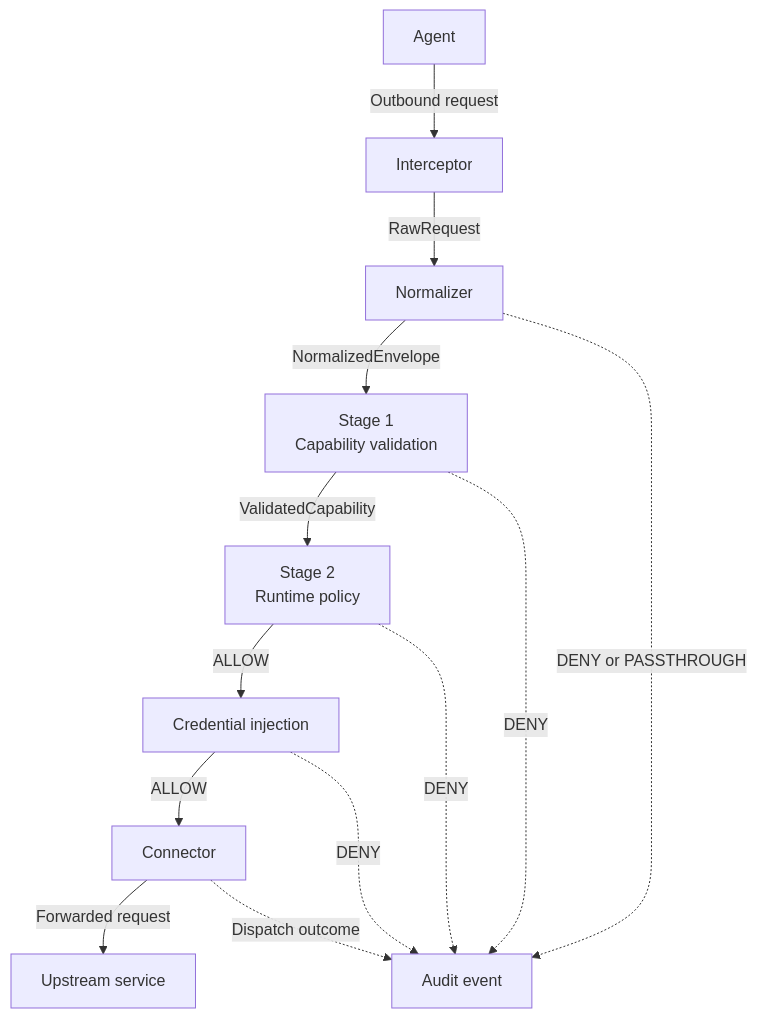
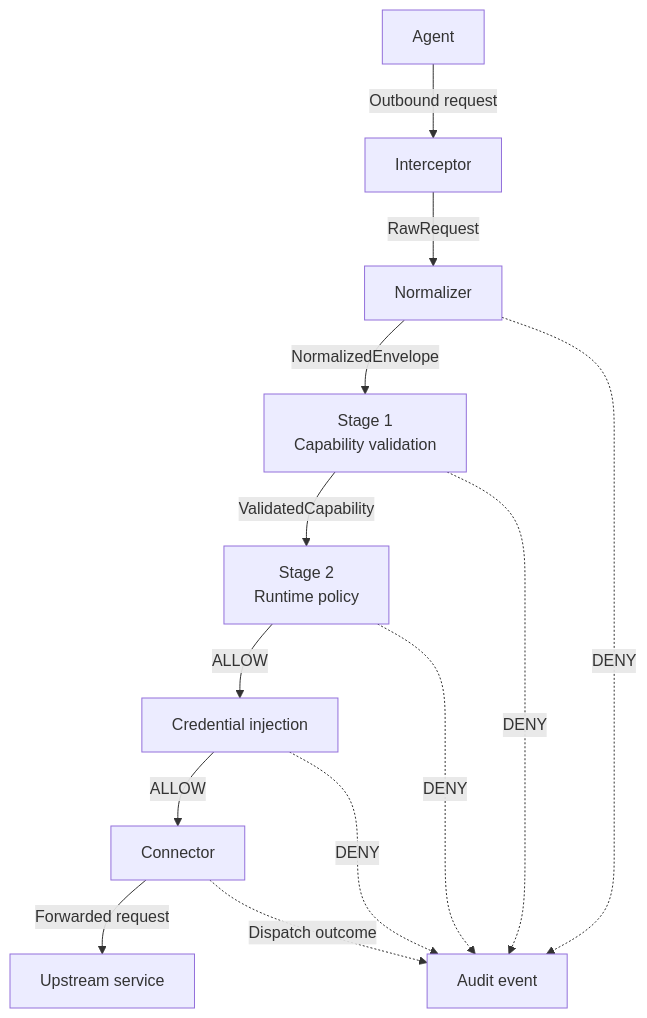
One commit to Firma-AI/openfirma changed the first of 2 diagrams in docs-site/src/content/docs/concepts/pipeline.md. Above: the diagram before and after it, drawn with Mermaid. The commit also changed other lines of this file and 570 other files, not shown here.

````diff
--- a/docs-site/src/content/docs/concepts/pipeline.md
+++ b/docs-site/src/content/docs/concepts/pipeline.md
@@ -14,26 +14,26 @@
 ```mermaid
 flowchart TB
     agent["Agent"]
     interceptor["Interceptor"]
     normalizer["Normalizer"]
     capability["Stage 1<br/>Capability validation"]
     policy["Stage 2<br/>Runtime policy"]
     credentials["Credential injection"]
     connector["Connector"]
     upstream["Upstream service"]
     audit["Audit event"]
 
     agent -->|"Outbound request"| interceptor
     interceptor -->|"RawRequest"| normalizer
     normalizer -->|"NormalizedEnvelope"| capability
     capability -->|"ValidatedCapability"| policy
     policy -->|"ALLOW"| credentials
     credentials -->|"ALLOW"| connector
     connector -->|"Forwarded request"| upstream
 
-    normalizer -. "DENY or PASSTHROUGH" .-> audit
+    normalizer -. "DENY" .-> audit
     capability -. "DENY" .-> audit
     policy -. "DENY" .-> audit
     credentials -. "DENY" .-> audit
     connector -. "Dispatch outcome" .-> audit
 ```
````
